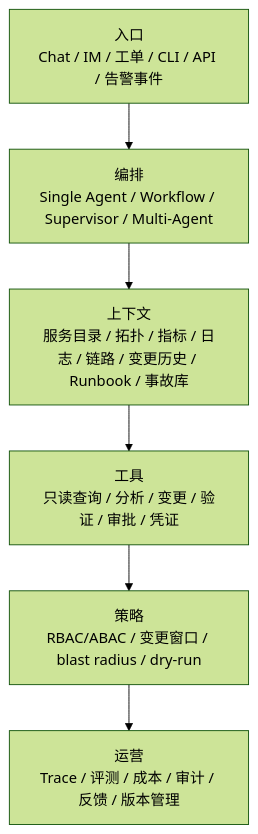
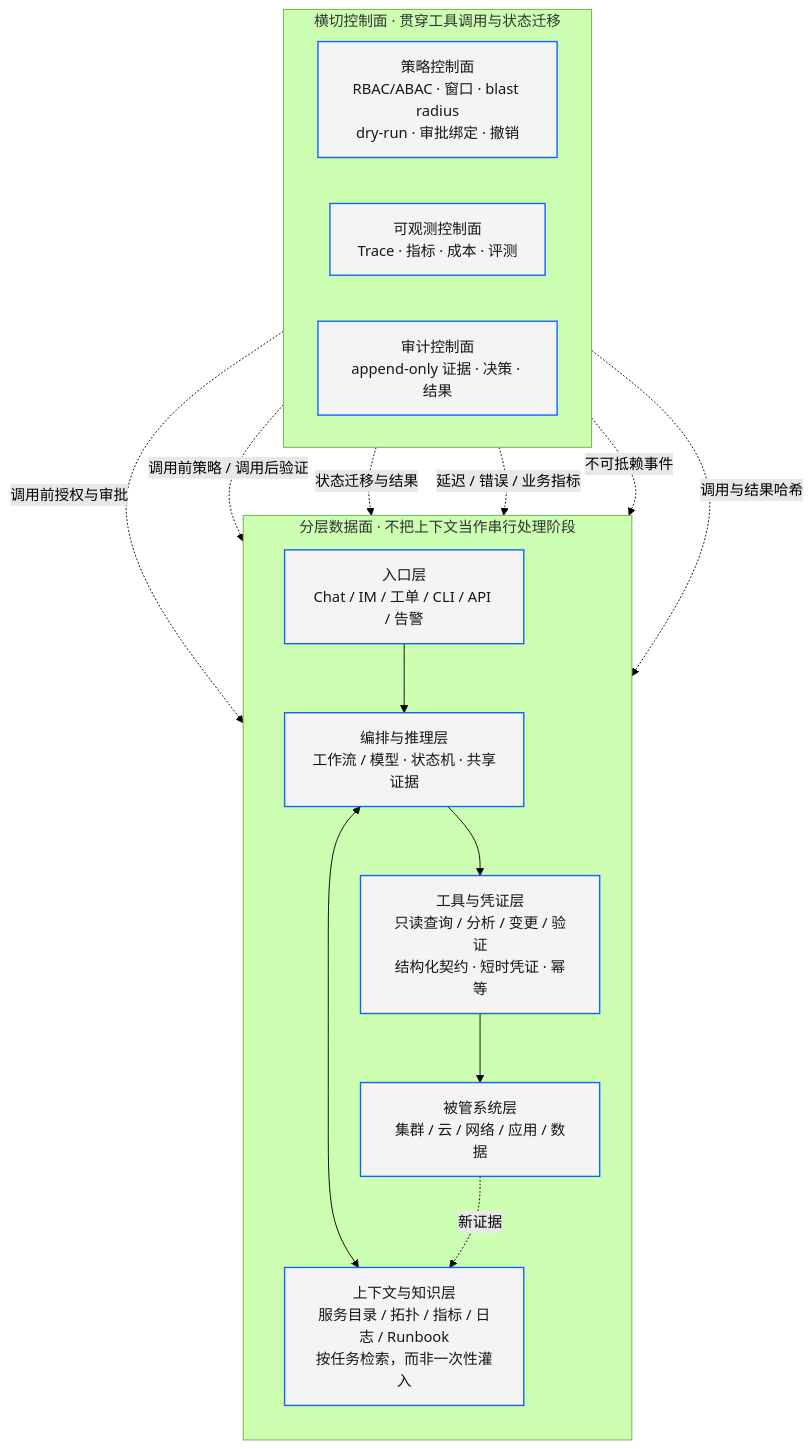
Before and after one commit to ai-guru-global/the-ops-agent-book: the first of 2 diagrams in docs/guide/04-architecture.md, drawn with Mermaid (forest theme). The commit also changed other lines of this file and 144 other files, not shown here.

````diff
--- a/docs/guide/04-architecture.md
+++ b/docs/guide/04-architecture.md
@@ -13,8 +17,31 @@
 ```mermaid
 flowchart TB
-  U[入口<br/>Chat / IM / 工单 / CLI / API / 告警事件] --> O[编排<br/>Single Agent / Workflow / Supervisor / Multi-Agent]
-  O --> C[上下文<br/>服务目录 / 拓扑 / 指标 / 日志 / 链路 / 变更历史 / Runbook / 事故库]
-  C --> T[工具<br/>只读查询 / 分析 / 变更 / 验证 / 审批 / 凭证]
-  T --> P[策略<br/>RBAC/ABAC / 变更窗口 / blast radius / dry-run]
-  P --> X[运营<br/>Trace / 评测 / 成本 / 审计 / 反馈 / 版本管理]
+  subgraph CP["横切控制面 · 贯穿工具调用与状态迁移"]
+    direction LR
+    POL["策略控制面<br/>RBAC/ABAC · 窗口 · blast radius<br/>dry-run · 审批绑定 · 撤销"]
+    OBS["可观测控制面<br/>Trace · 指标 · 成本 · 评测"]
+    AUD["审计控制面<br/>append-only 证据 · 决策 · 结果"]
+  end
+  subgraph DP["分层数据面 · 不把上下文当作串行处理阶段"]
+    direction TB
+    U["入口层<br/>Chat / IM / 工单 / CLI / API / 告警"]
+    O["编排与推理层<br/>工作流 / 模型 · 状态机 · 共享证据"]
+    C["上下文与知识层<br/>服务目录 / 拓扑 / 指标 / 日志 / Runbook<br/>按任务检索，而非一次性灌入"]
+    T["工具与凭证层<br/>只读查询 / 分析 / 变更 / 验证<br/>结构化契约 · 短时凭证 · 幂等"]
+    S["被管系统层<br/>集群 / 云 / 网络 / 应用 / 数据"]
+    U --> O
+    O <--> C
+    O --> T
+    T --> S
+    S -. 新证据 .-> C
+  end
+  POL -. 调用前授权与审批 .-> O
+  POL -. 调用前策略 / 调用后验证 .-> T
+  OBS -. 状态迁移与结果 .-> O
+  OBS -. 延迟 / 错误 / 业务指标 .-> T
+  AUD -. 不可抵赖事件 .-> O
+  AUD -. 调用与结果哈希 .-> T
+
+  classDef diagram fill:#f4f4f4,stroke:#0f62fe,stroke-width:1.5px,color:#161616;
+  class U,O,C,T,S,POL,OBS,AUD diagram;
 ```
````
